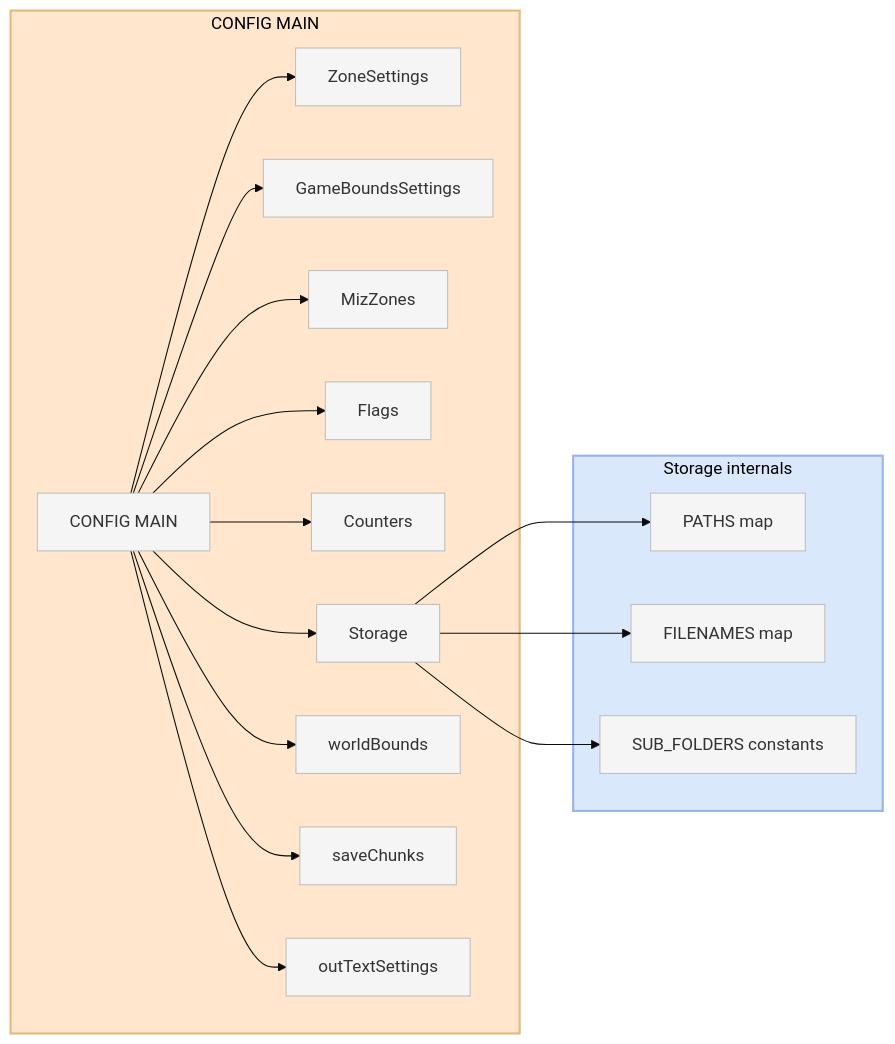
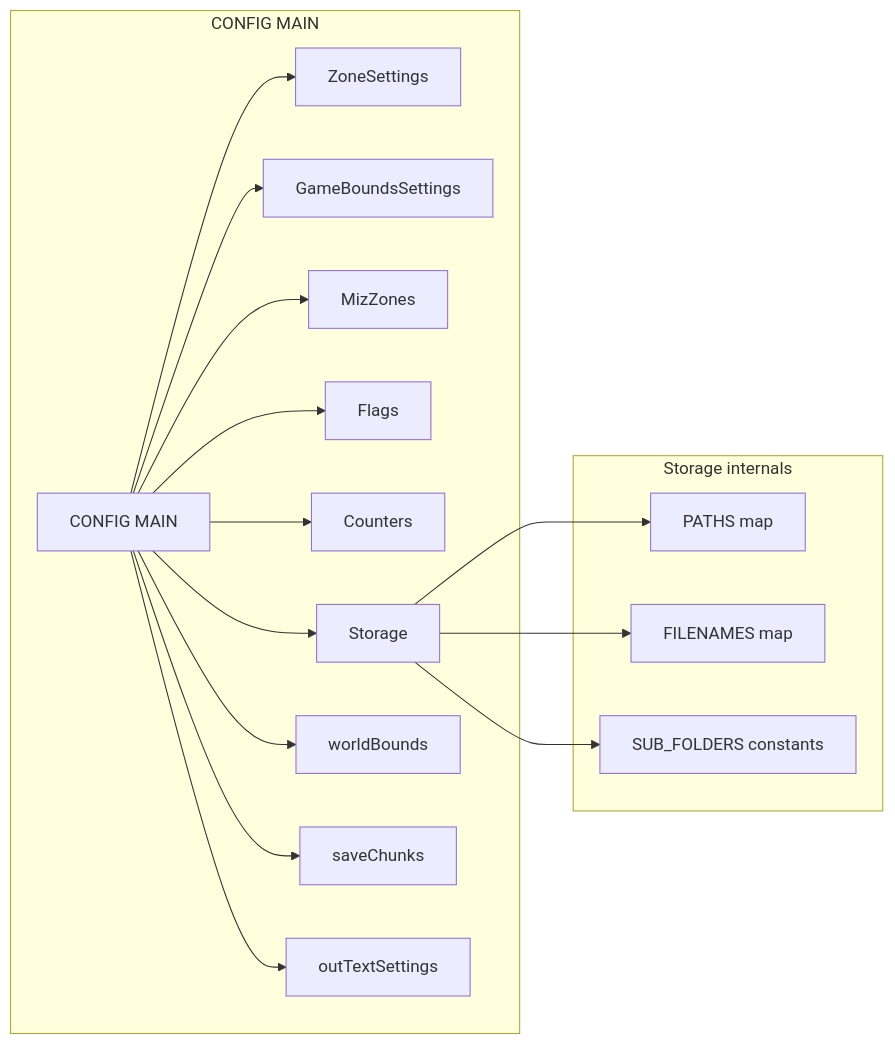
The first of 3 diagrams in docs/config/main_schema.md (Gh0st352/AETHR), drawn with Mermaid before and after one commit. The commit also changed other lines of this file and 8 other files, not shown here.

First line of the commit message:
docs(config): standardize Mermaid themes and class names

````diff
--- a/docs/config/main_schema.md
+++ b/docs/config/main_schema.md
@@ -34,40 +34,25 @@
 ```mermaid
-%%{init: {"theme":"base", "themeVariables":{"primaryColor":"#f5f5f5"}}}%%
+%% shared theme: docs/_mermaid/theme.json %%
 flowchart LR
   %% Main configuration relationships (grouped)
-  subgraph MAIN_BLOCK [CONFIG MAIN]
-    style MAIN_BLOCK fill:#ffe6cc,stroke:#e6b87a,stroke-width:2px
+  subgraph MAIN_BLOCK["CONFIG MAIN"]
     MAIN[CONFIG MAIN] --> ZS[ZoneSettings]
     MAIN --> GB[GameBoundsSettings]
     MAIN --> MZ[MizZones]
     MAIN --> FL[Flags]
     MAIN --> CT[Counters]
     MAIN --> ST[Storage]
     MAIN --> WB[worldBounds]
     MAIN --> SC[saveChunks]
     MAIN --> OT[outTextSettings]
   end
 
-  subgraph STORAGE_BLOCK [Storage internals]
-    style STORAGE_BLOCK fill:#dae8fc,stroke:#9bb5e8,stroke-width:2px
+  subgraph STORAGE_BLOCK["Storage internals"]
     ST --> PATHS[PATHS map]
     ST --> FNS[FILENAMES map]
     ST --> SF[SUB_FOLDERS constants]
   end
 
-  %% Node visual style
-  classDef node fill:#f5f5f5,stroke:#bfbfbf,stroke-width:1px
-  class MAIN node
-  class ZS node
-  class GB node
-  class MZ node
-  class FL node
-  class CT node
-  class ST node
-  class WB node
-  class SC node
-  class OT node
-  class PATHS node
-  class FNS node
-  class SF node
+  %% Visual styling: use shared theme class buckets (no inline colors)
+  class MAIN,ZS,GB,MZ,FL,CT,ST,WB,SC,OT,PATHS,FNS,SF class_data;
 ```
````
